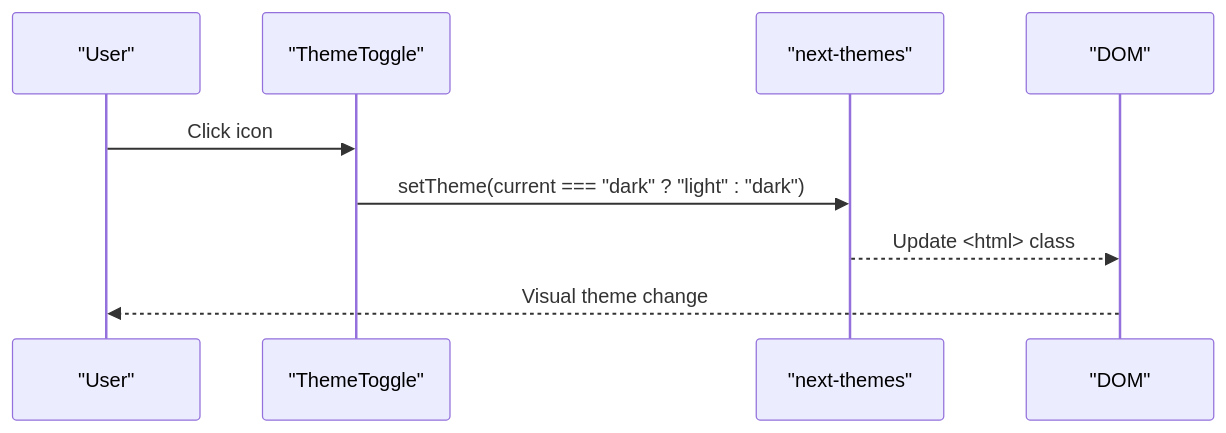
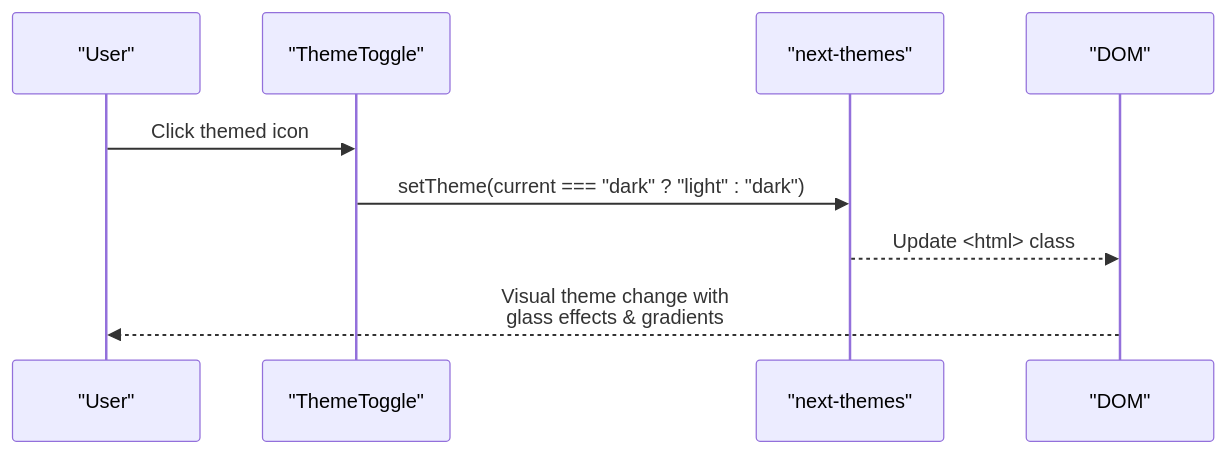
The fourth of 5 diagrams in .qoder/repowiki/en/content/UI Components/Theme System.md (alikizang/datafrica), drawn with Mermaid before and after one commit. The commit also changed other lines of this file and 15 other files, not shown here.

````diff
--- a/.qoder/repowiki/en/content/UI Components/Theme System.md
+++ b/.qoder/repowiki/en/content/UI Components/Theme System.md
@@ -157,11 +181,11 @@
 ```mermaid
 sequenceDiagram
 participant U as "User"
 participant TT as "ThemeToggle"
 participant NT as "next-themes"
 participant DOM as "DOM"
-U->>TT : Click icon
+U->>TT : Click themed icon
 TT->>NT : setTheme(current === "dark" ? "light" : "dark")
 NT-->>DOM : Update <html> class
-DOM-->>U : Visual theme change
+DOM-->>U : Visual theme change with<br/>glass effects & gradients
 ```
````
